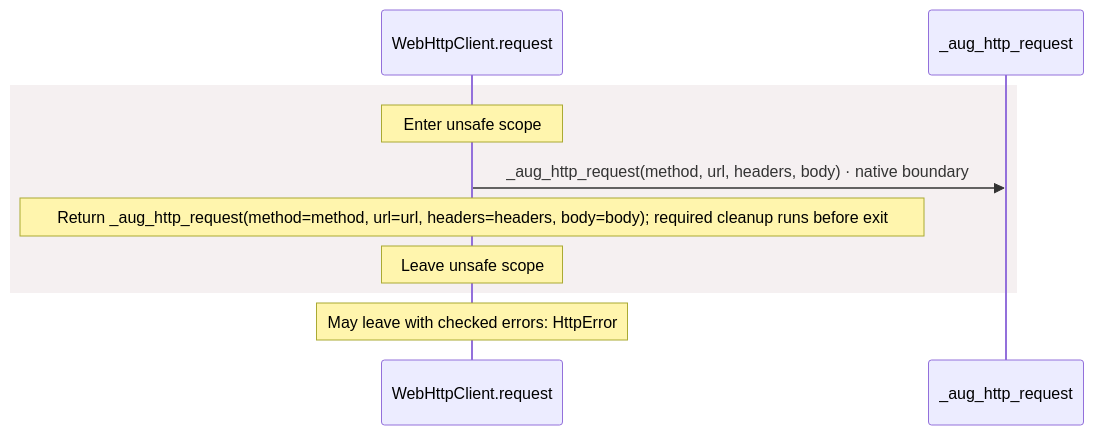
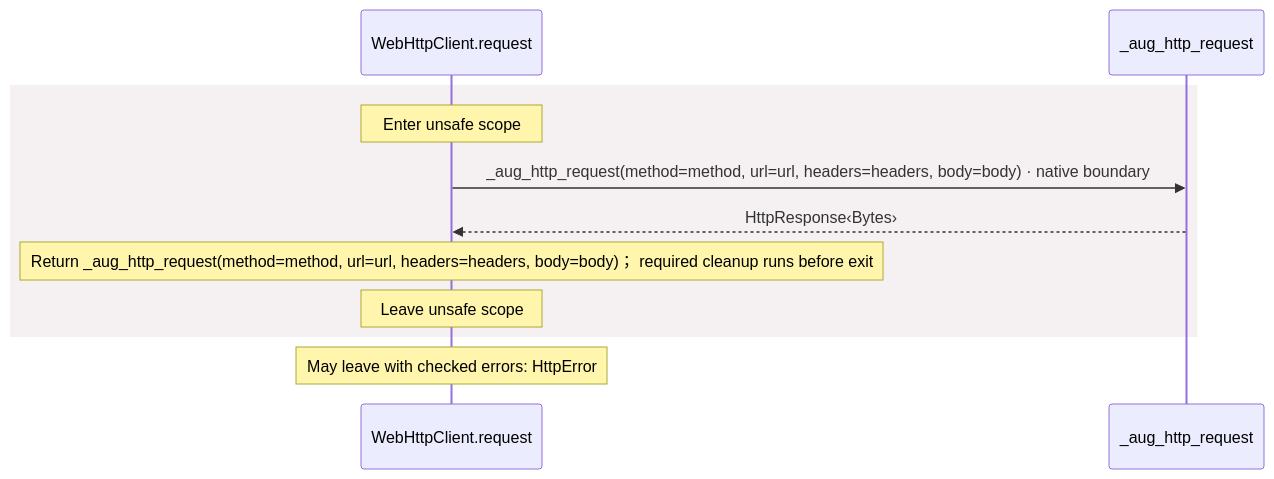
Before and after one commit to GreenPandaStudios/augscript: the fourth of 7 diagrams in docs/examples/oidc-login/dependencies/packages/@git/url_897efafd565158fc4908/0.0.0-git.a39fc582565d4fca40be4f75fa304d71adc69301/contracts-diagrams.md, drawn with Mermaid. The commit also changed other lines of this file and 524 other files, not shown here.

Commit message:
Explain checked data flow at folder and service levels

````diff
--- a/docs/examples/oidc-login/dependencies/packages/@git/url_897efafd565158fc4908/0.0.0-git.a39fc582565d4fca40be4f75fa304d71adc69301/contracts-diagrams.md
+++ b/docs/examples/oidc-login/dependencies/packages/@git/url_897efafd565158fc4908/0.0.0-git.a39fc582565d4fca40be4f75fa304d71adc69301/contracts-diagrams.md
@@ -207,12 +155,13 @@
 ```mermaid
 sequenceDiagram
     participant p0 as WebHttpClient.request
     participant p1 as _aug_http_request
     rect rgb(245, 240, 241)
     Note over p0: Enter unsafe scope
-    p0->>p1: _aug_http_request(method, url, headers, body) · native boundary
-    Note over p0: Return _aug_http_request(method=method, url=url, headers=headers, body=body)#59; required cleanup runs before exit
+    p0->>p1: _aug_http_request(method=method, url=url, headers=headers, body=body) · native boundary
+    p1-->>p0: HttpResponse‹Bytes›
+    Note over p0: Return _aug_http_request(method=method, url=url, headers=headers, body=body)； required cleanup runs before exit
     Note over p0: Leave unsafe scope
     end
     Note over p0: May leave with checked errors: HttpError
 ```
````
